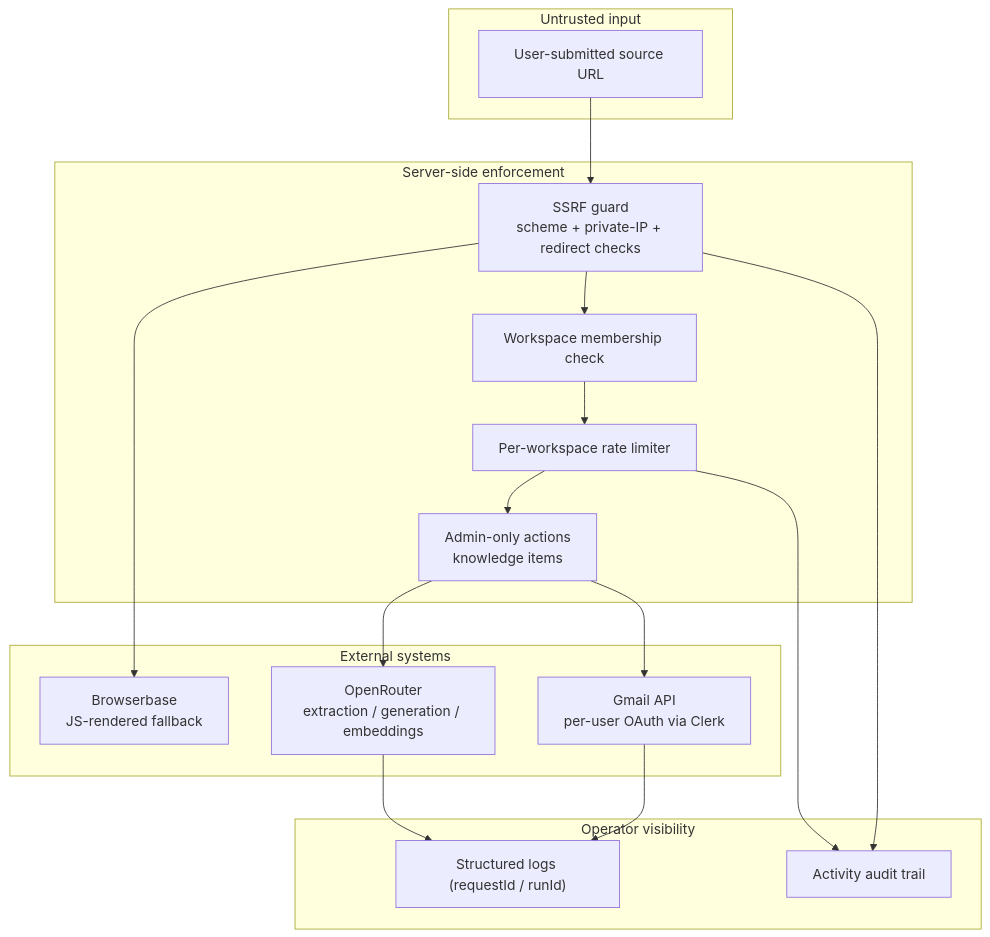
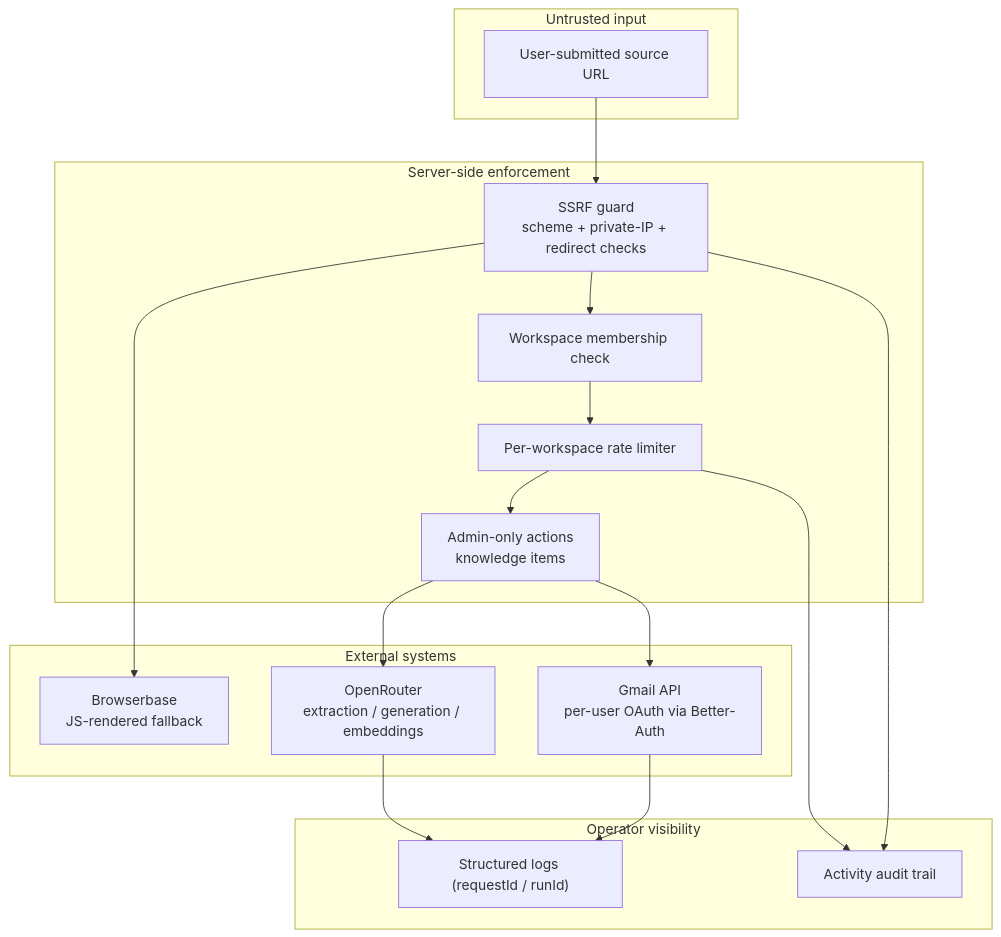
The third of 3 diagrams in README.md (swap-mitra/email-gen), drawn with Mermaid before and after one commit. The commit also changed other lines of this file and 1 other file, not shown here.

First line of the commit message:
docs(readme): document better-auth setup in place of Clerk

````diff
--- a/README.md
+++ b/README.md
@@ -131,34 +132,34 @@
 ```mermaid
 flowchart TB
   subgraph Untrusted["Untrusted input"]
     url["User-submitted source URL"]
   end
 
   subgraph Enforcement["Server-side enforcement"]
     ssrf["SSRF guard\nscheme + private-IP + redirect checks"]
     ratelimit["Per-workspace rate limiter"]
     tenancy["Workspace membership check"]
     roles["Admin-only actions\nknowledge items"]
   end
 
   subgraph External["External systems"]
     openrouter["OpenRouter\nextraction / generation / embeddings"]
     browserbase["Browserbase\nJS-rendered fallback"]
-    gmail["Gmail API\nper-user OAuth via Clerk"]
+    gmail["Gmail API\nper-user OAuth via Better-Auth"]
   end
 
   subgraph Observability["Operator visibility"]
     activities["Activity audit trail"]
     logs["Structured logs (requestId / runId)"]
   end
 
   url --> ssrf --> browserbase
   ssrf --> tenancy
   tenancy --> ratelimit --> roles
   roles --> openrouter
   roles --> gmail
   ssrf --> activities
   ratelimit --> activities
   openrouter --> logs
   gmail --> logs
 ```
````
